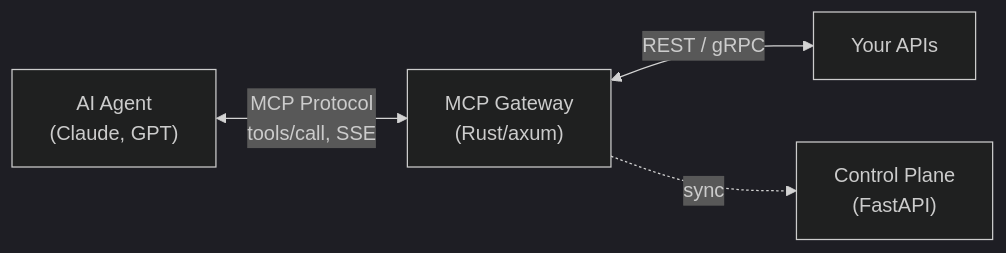
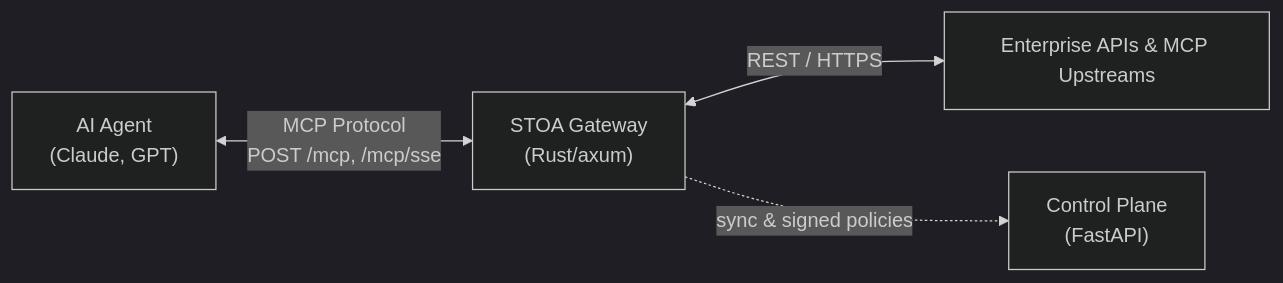
The first of 2 diagrams in docs/concepts/mcp-gateway.md (stoa-platform/stoa-docs), drawn with Mermaid (dark theme) before and after one commit. The commit also changed other lines of this file and 31 other files, not shown here.

First line of the commit message:
docs(arch): align architecture, tenant model, secrets, and ADR index with ADR-073/074/075 (EN/FR)

````diff
--- a/docs/concepts/mcp-gateway.md
+++ b/docs/concepts/mcp-gateway.md
@@ -16,6 +16,6 @@
 ```mermaid
 flowchart LR
-    AI["AI Agent<br/>(Claude, GPT)"] <-->|"MCP Protocol<br/>tools/call, SSE"| GW["MCP Gateway<br/>(Rust/axum)"]
-    GW <-->|"REST / gRPC"| APIs["Your APIs"]
-    GW -.->|"sync"| CP["Control Plane<br/>(FastAPI)"]
+    AI["AI Agent<br/>(Claude, GPT)"] <-->|"MCP Protocol<br/>POST /mcp, /mcp/sse"| GW["STOA Gateway<br/>(Rust/axum)"]
+    GW <-->|"REST / HTTPS"| APIs["Enterprise APIs & MCP Upstreams"]
+    GW -.->|"sync & signed policies"| CP["Control Plane<br/>(FastAPI)"]
 ```
````
